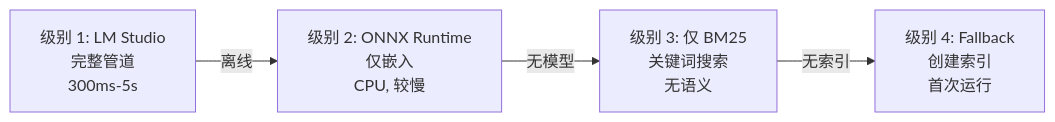
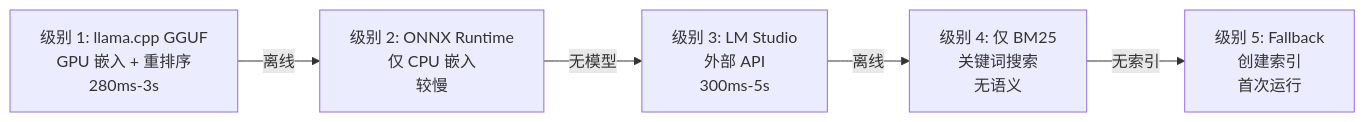
Before and after one commit to ManSio/mscodebase-intelligence: the sixth of 6 diagrams in docs/zh/ARCHITECTURE_DEEP.md, drawn with Mermaid. The commit also changed other lines of this file and 58 other files, not shown here.

````diff
--- a/docs/zh/ARCHITECTURE_DEEP.md
+++ b/docs/zh/ARCHITECTURE_DEEP.md
@@ -223,7 +236,18 @@
 ```mermaid
 flowchart LR
-    L1["级别 1: LM Studio\n完整管道\n300ms-5s"] -->|离线| L2
-    L2["级别 2: ONNX Runtime\n仅嵌入\nCPU, 较慢"] -->|无模型| L3
-    L3["级别 3: 仅 BM25\n关键词搜索\n无语义"] -->|无索引| L4
-    L4["级别 4: Fallback\n创建索引\n首次运行"]
+    L1["级别 1: llama.cpp GGUF
+GPU 嵌入 + 重排序
+280ms-3s"] -->|离线| L2
+    L2["级别 2: ONNX Runtime
+仅 CPU 嵌入
+较慢"] -->|无模型| L3
+    L3["级别 3: LM Studio
+外部 API
+300ms-5s"] -->|离线| L4
+    L4["级别 4: 仅 BM25
+关键词搜索
+无语义"] -->|无索引| L5
+    L5["级别 5: Fallback
+创建索引
+首次运行"]
 ```
````
